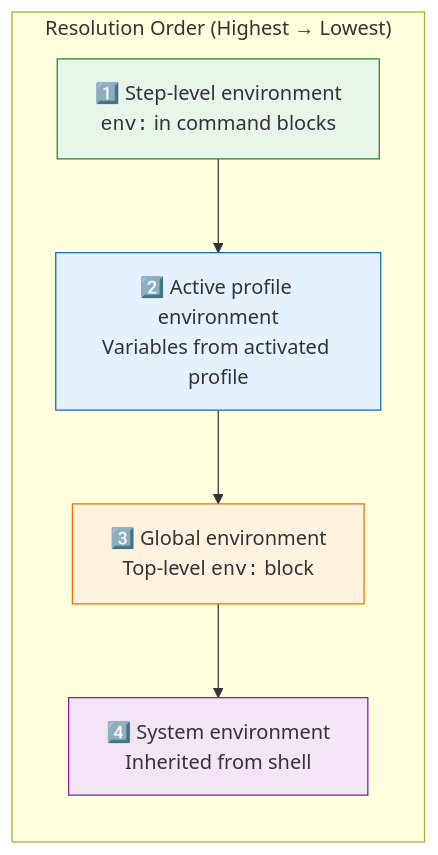
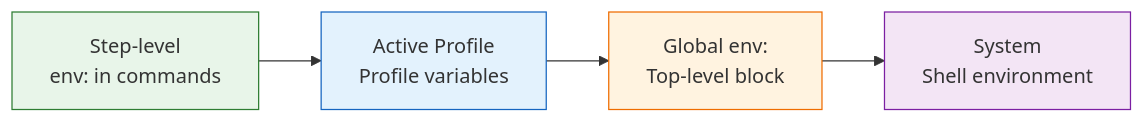
The diagram in docs/environment/environment-profiles.md (iepathos/prodigy), drawn with Mermaid before and after one commit.

Commit message:
docs: enhance 'environment profiles' page with visual features
- Changed precedence diagram from vertical to horizontal layout for better readability
- Removed HTML tags (br/, code) from Mermaid labels - used proper multi-line syntax
- Added figure caption explaining the diagram
- Diagram now reads left-to-right showing precedence flow naturally

Page: docs/environment/environment-profiles.md

````diff
--- a/docs/environment/environment-profiles.md
+++ b/docs/environment/environment-profiles.md
@@ -137,17 +137,13 @@
 ```mermaid
-flowchart TB
-    subgraph Precedence["Resolution Order (Highest → Lowest)"]
-        direction TB
-        A["1️⃣ Step-level environment<br/><code>env:</code> in command blocks"]
-        B["2️⃣ Active profile environment<br/>Variables from activated profile"]
-        C["3️⃣ Global environment<br/>Top-level <code>env:</code> block"]
-        D["4️⃣ System environment<br/>Inherited from shell"]
-    end
-
-    A --> B --> C --> D
+flowchart LR
+    A["Step-level
+    env: in commands"] --> B["Active Profile
+    Profile variables"] --> C["Global env:
+    Top-level block"] --> D["System
+    Shell environment"]
 
     style A fill:#e8f5e9,stroke:#2e7d32
     style B fill:#e3f2fd,stroke:#1565c0
     style C fill:#fff3e0,stroke:#ef6c00
     style D fill:#f3e5f5,stroke:#7b1fa2
 ```
````
